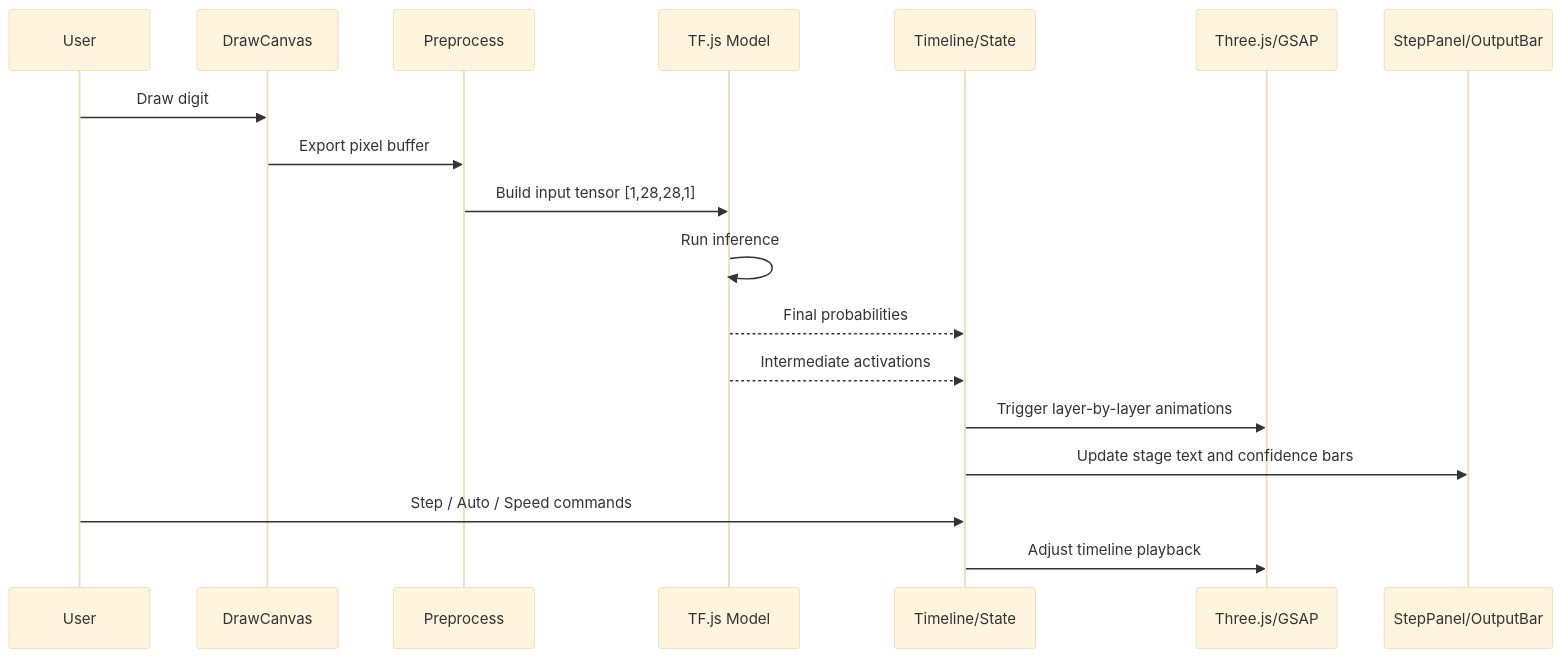
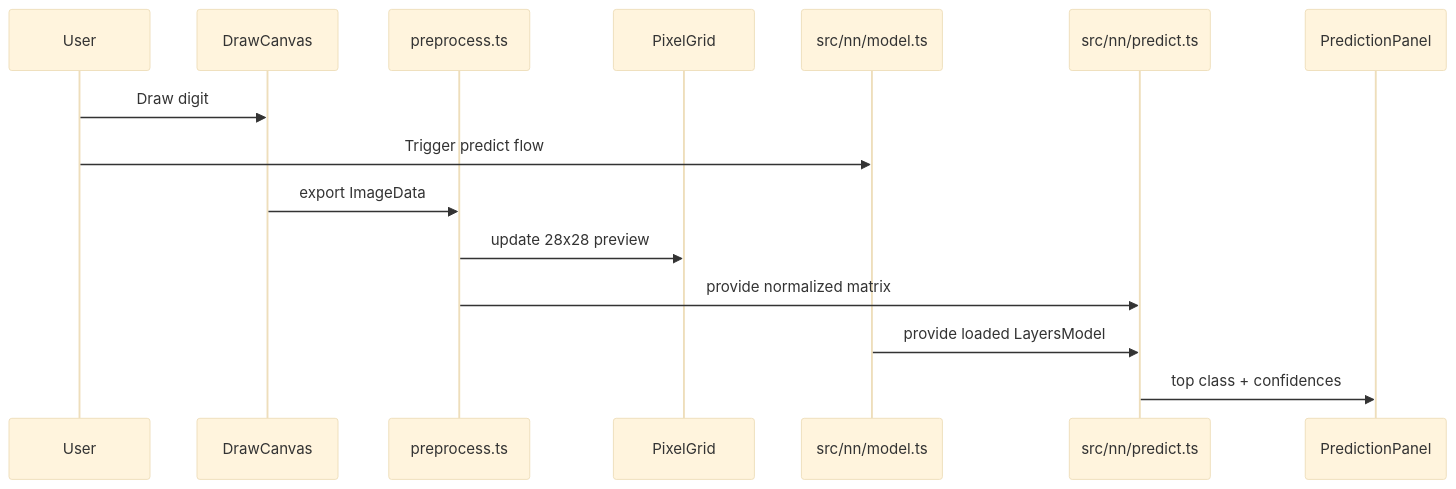
One commit to osvdevv/CNN-Visualizer changed the second of 3 diagrams in docs/02-system-architecture.md. Above: the diagram before and after it, drawn with Mermaid (base theme). The commit also changed other lines of this file and 15316 other files, not shown here.

````diff
--- a/docs/02-system-architecture.md
+++ b/docs/02-system-architecture.md
@@ -96,21 +101,18 @@
 ```mermaid
 sequenceDiagram
     participant User
     participant Canvas as DrawCanvas
-    participant Prep as Preprocess
-    participant NN as TF.js Model
-    participant Orchestrator as Timeline/State
-    participant Viz as Three.js/GSAP
-    participant UI as StepPanel/OutputBar
+    participant Prep as preprocess.ts
+    participant Preview as PixelGrid
+    participant Model as src/nn/model.ts
+    participant Predict as src/nn/predict.ts
+    participant UI as PredictionPanel
 
     User->>Canvas: Draw digit
-    Canvas->>Prep: Export pixel buffer
-    Prep->>NN: Build input tensor [1,28,28,1]
-    NN->>NN: Run inference
-    NN-->>Orchestrator: Final probabilities
-    NN-->>Orchestrator: Intermediate activations
-    Orchestrator->>Viz: Trigger layer-by-layer animations
-    Orchestrator->>UI: Update stage text and confidence bars
-    User->>Orchestrator: Step / Auto / Speed commands
-    Orchestrator->>Viz: Adjust timeline playback
+    User->>Model: Trigger predict flow
+    Canvas->>Prep: export ImageData
+    Prep->>Preview: update 28x28 preview
+    Prep->>Predict: provide normalized matrix
+    Model->>Predict: provide loaded LayersModel
+    Predict->>UI: top class + confidences
 ```
````
